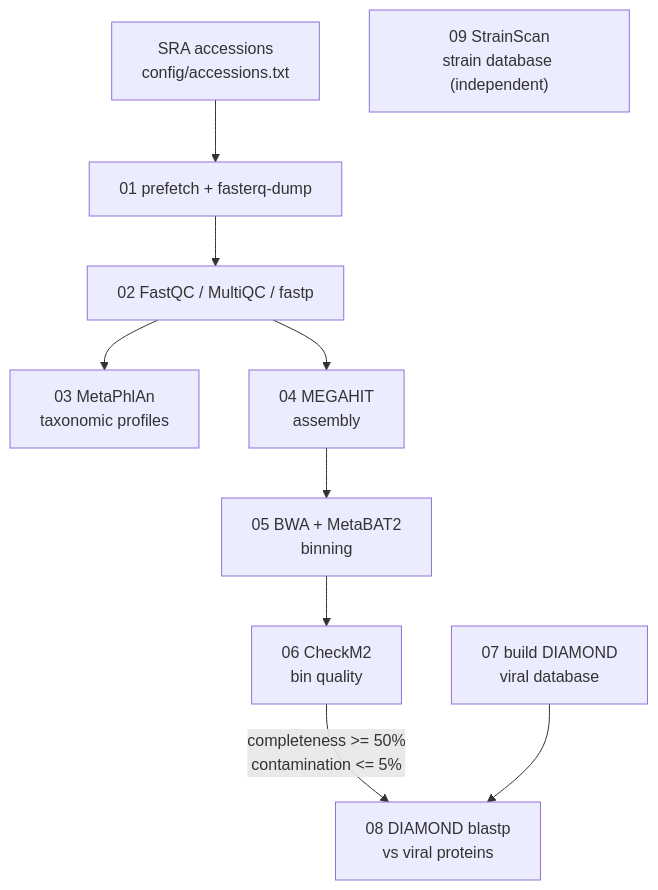
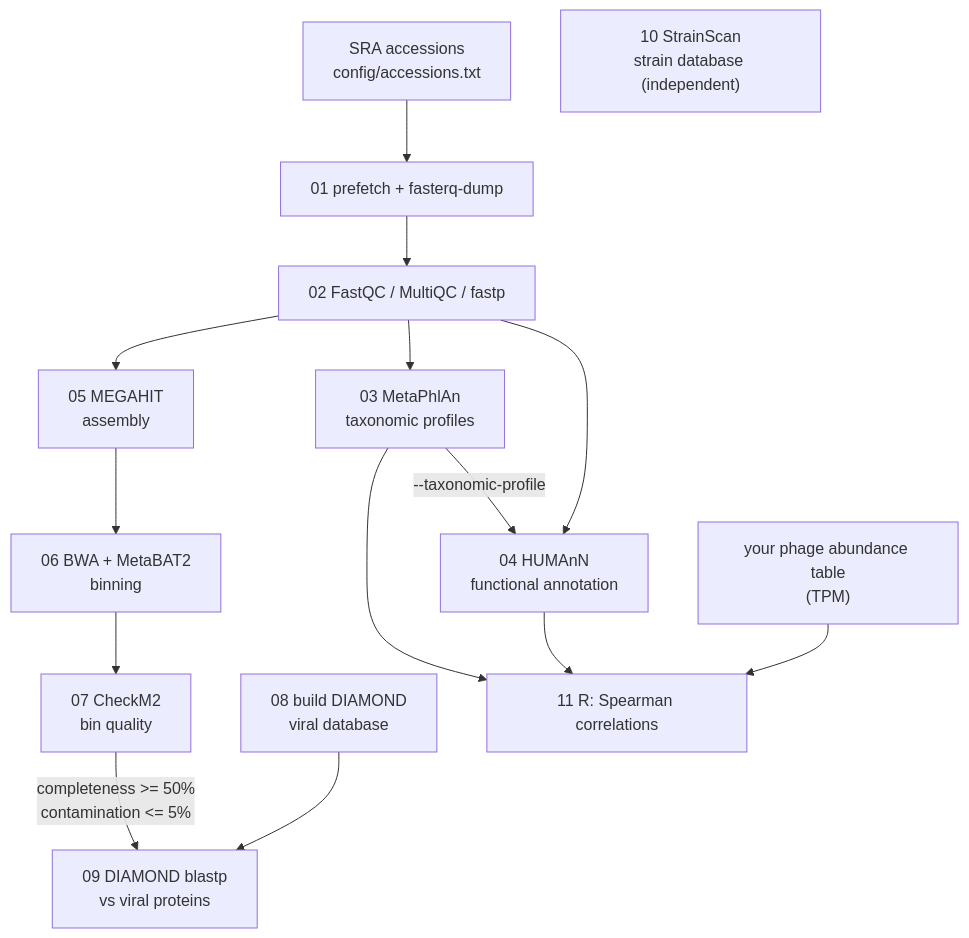
Before and after one commit to sahilrishav2/Atacama_Microbiome: the diagram in README.md, drawn with Mermaid. The commit also changed other lines of this file, not shown here.

````diff
--- a/README.md
+++ b/README.md
@@ -11,12 +13,17 @@
 ```mermaid
 flowchart TD
     A["SRA accessions<br/>config/accessions.txt"] --> B["01 prefetch + fasterq-dump"]
     B --> C["02 FastQC / MultiQC / fastp"]
     C --> D["03 MetaPhlAn<br/>taxonomic profiles"]
-    C --> E["04 MEGAHIT<br/>assembly"]
-    E --> F["05 BWA + MetaBAT2<br/>binning"]
-    F --> G["06 CheckM2<br/>bin quality"]
-    G -->|"completeness >= 50%<br/>contamination <= 5%"| H["08 DIAMOND blastp<br/>vs viral proteins"]
-    V["07 build DIAMOND<br/>viral database"] --> H
-    S["09 StrainScan<br/>strain database (independent)"]
+    D -->|"--taxonomic-profile"| HU["04 HUMAnN<br/>functional annotation"]
+    C --> HU
+    C --> E["05 MEGAHIT<br/>assembly"]
+    E --> F["06 BWA + MetaBAT2<br/>binning"]
+    F --> G["07 CheckM2<br/>bin quality"]
+    G -->|"completeness >= 50%<br/>contamination <= 5%"| H["09 DIAMOND blastp<br/>vs viral proteins"]
+    V["08 build DIAMOND<br/>viral database"] --> H
+    S["10 StrainScan<br/>strain database (independent)"]
+    D --> R["11 R: Spearman correlations"]
+    HU --> R
+    P["your phage abundance table<br/>(TPM)"] --> R
 ```
````
